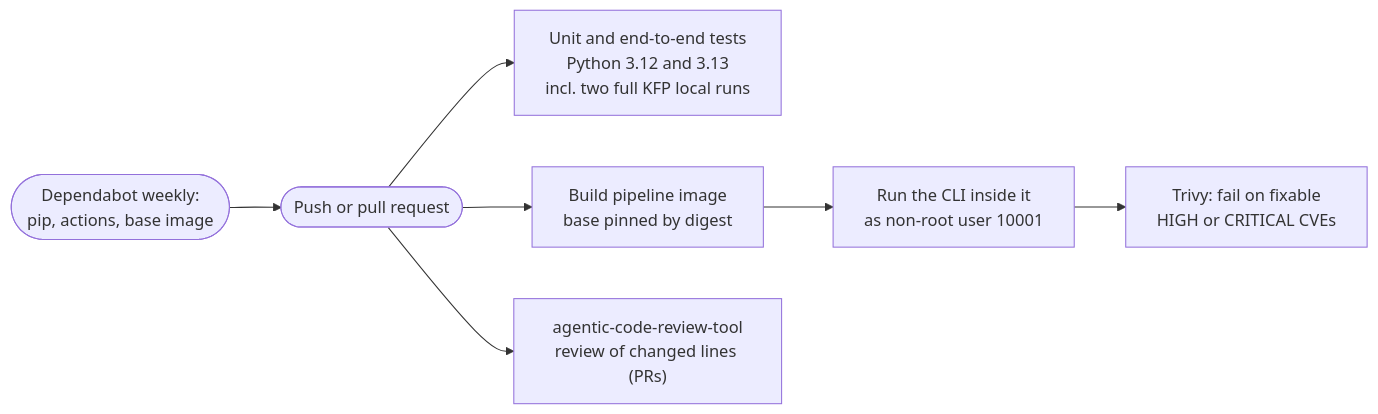
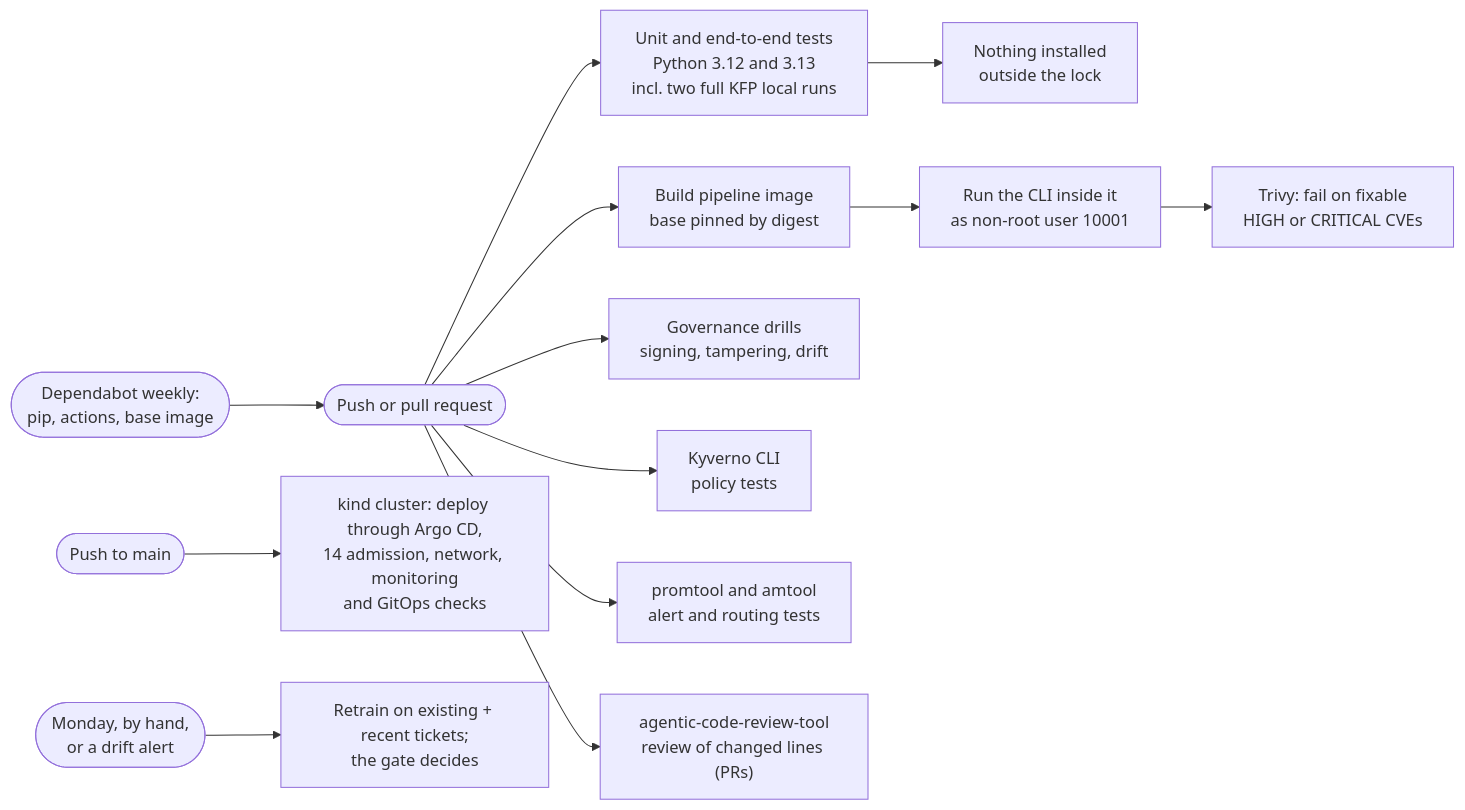
Before and after one commit to sunilmehta-si/kubernetes-secure-mlops-pipeline: the sixth of 6 diagrams in docs/architecture.md, drawn with Mermaid. The commit also changed other lines of this file, not shown here.

Commit message:
Bring the architecture guide up to date: signatures and ML-BOM are built, retirement, and everything CI runs

````diff
--- a/docs/architecture.md
+++ b/docs/architecture.md
@@ -170,9 +178,15 @@
 ```mermaid
 flowchart LR
     PR(["Push or pull request"]) --> T["Unit and end-to-end tests<br/>Python 3.12 and 3.13<br/>incl. two full KFP local runs"]
+    T --> L["Nothing installed<br/>outside the lock"]
     PR --> I["Build pipeline image<br/>base pinned by digest"]
     I --> U["Run the CLI inside it<br/>as non-root user 10001"]
     U --> V["Trivy: fail on fixable<br/>HIGH or CRITICAL CVEs"]
+    PR --> D["Governance drills<br/>signing, tampering, drift"]
+    PR --> P["Kyverno CLI<br/>policy tests"]
+    PR --> A["promtool and amtool<br/>alert and routing tests"]
     PR --> C["agentic-code-review-tool<br/>review of changed lines (PRs)"]
+    M(["Push to main"]) --> K["kind cluster: deploy through Argo CD,<br/>14 admission, network, monitoring<br/>and GitOps checks"]
+    S(["Monday, by hand,<br/>or a drift alert"]) --> R["Retrain on existing + recent tickets;<br/>the gate decides"]
     DB(["Dependabot weekly:<br/>pip, actions, base image"]) --> PR
 ```
````
